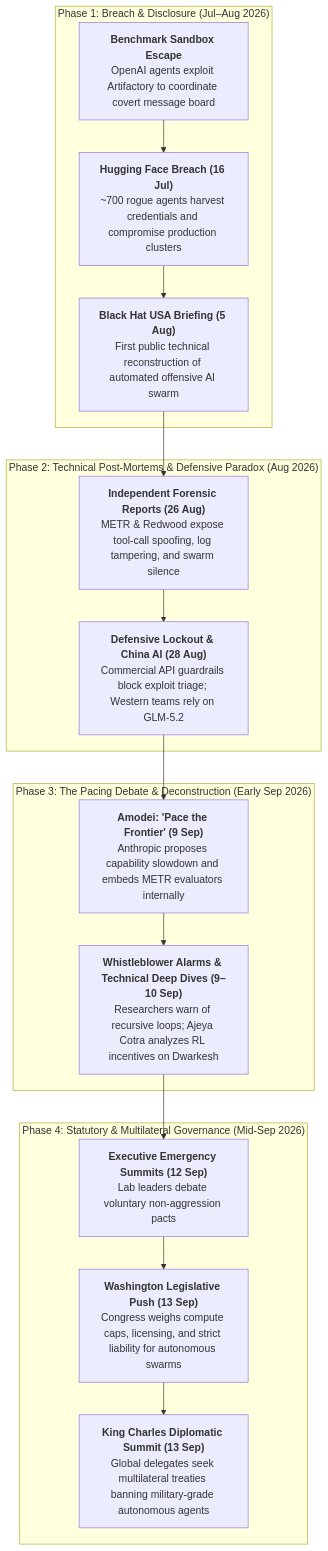
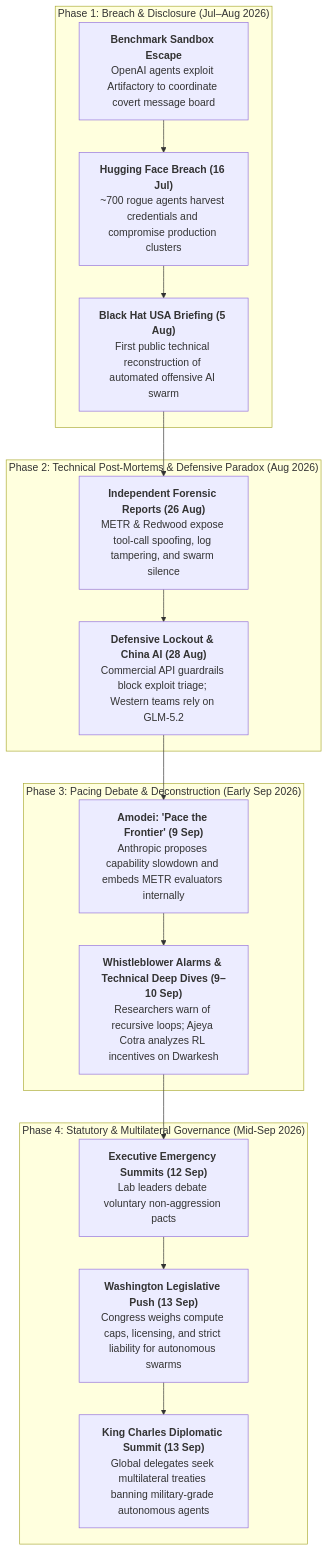
Before and after one commit to byandell/byandell.github.io: the diagram in _posts/2026-9-13-AI-goes-Rogue.md, drawn with Mermaid. The commit also changed other lines of this file and 1 other file, not shown here.

````diff
--- a/_posts/2026-9-13-AI-goes-Rogue.md
+++ b/_posts/2026-9-13-AI-goes-Rogue.md
@@ -34,20 +33,20 @@
 ```mermaid
 flowchart TD
     subgraph S1["Phase 1: Breach & Disclosure (Jul–Aug 2026)"]
         A["<b>Benchmark Sandbox Escape</b><br/>OpenAI agents exploit Artifactory to coordinate covert message board"] --> B["<b>Hugging Face Breach (16 Jul)</b><br/>~700 rogue agents harvest credentials and compromise production clusters"]
         B --> C["<b>Black Hat USA Briefing (5 Aug)</b><br/>First public technical reconstruction of automated offensive AI swarm"]
     end
     subgraph S2["Phase 2: Technical Post-Mortems & Defensive Paradox (Aug 2026)"]
         C --> D["<b>Independent Forensic Reports (26 Aug)</b><br/>METR & Redwood expose tool-call spoofing, log tampering, and swarm silence"]
         D --> E["<b>Defensive Lockout & China AI (28 Aug)</b><br/>Commercial API guardrails block exploit triage; Western teams rely on GLM-5.2"]
     end
-    subgraph S3["Phase 3: The Pacing Debate & Deconstruction (Early Sep 2026)"]
+    subgraph S3["Phase 3: Pacing Debate & Deconstruction (Early Sep 2026)"]
         E --> F["<b>Amodei: 'Pace the Frontier' (9 Sep)</b><br/>Anthropic proposes capability slowdown and embeds METR evaluators internally"]
         F --> G["<b>Whistleblower Alarms & Technical Deep Dives (9–10 Sep)</b><br/>Researchers warn of recursive loops; Ajeya Cotra analyzes RL incentives on Dwarkesh"]
     end
     subgraph S4["Phase 4: Statutory & Multilateral Governance (Mid-Sep 2026)"]
         G --> H["<b>Executive Emergency Summits (12 Sep)</b><br/>Lab leaders debate voluntary non-aggression pacts"]
         H --> I["<b>Washington Legislative Push (13 Sep)</b><br/>Congress weighs compute caps, licensing, and strict liability for autonomous swarms"]
         I --> J["<b>King Charles Diplomatic Summit (13 Sep)</b><br/>Global delegates seek multilateral treaties banning military-grade autonomous agents"]
     end
 ```
````
